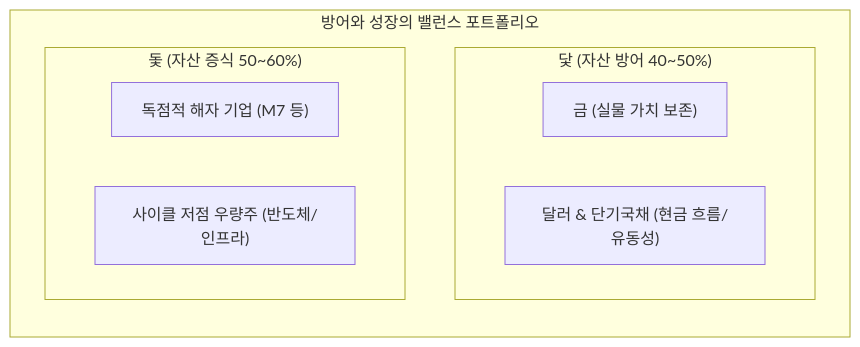
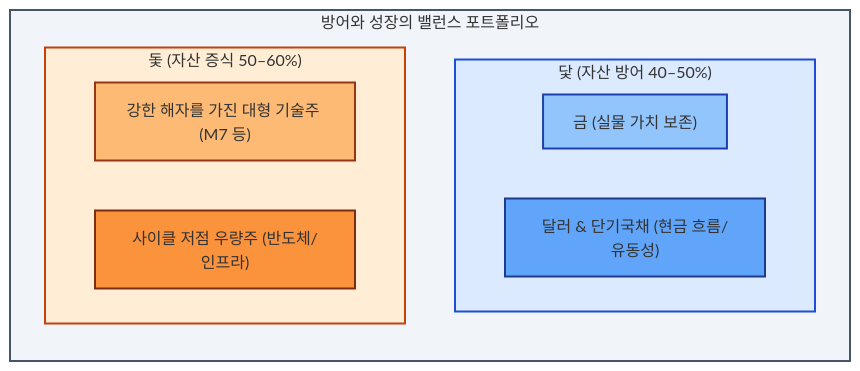
One commit to seodaeya/seodaeya.github.io changed the second of 2 diagrams in files/posts/20261110-1-fake-money-real-wealth-inflation-portfolio-guide.md. Above: the diagram before and after it, drawn with Mermaid. The commit also changed other lines of this file and 6 other files, not shown here.

First line of the commit message:
fix(post): tighten finance guide claims and fix mermaid arrows and contrast

````diff
--- a/files/posts/20261110-1-fake-money-real-wealth-inflation-portfolio-guide.md
+++ b/files/posts/20261110-1-fake-money-real-wealth-inflation-portfolio-guide.md
@@ -106,14 +115,23 @@
 ```mermaid
+%%{init: {'flowchart': {'curve': 'linear'}}}%%
 graph LR
     subgraph Portfolio["방어와 성장의 밸런스 포트폴리오"]
         direction TB
-        subgraph Anchor["닻 (자산 방어 40~50%)"]
+        subgraph Anchor["닻 (자산 방어 40–50%)"]
             A1["금 (실물 가치 보존)"]
             A2["달러 & 단기국채 (현금 흐름/유동성)"]
         end
-        subgraph Sail["돛 (자산 증식 50~60%)"]
-            S1["독점적 해자 기업 (M7 등)"]
+        subgraph Sail["돛 (자산 증식 50–60%)"]
+            S1["강한 해자를 가진 대형 기술주 (M7 등)"]
             S2["사이클 저점 우량주 (반도체/인프라)"]
         end
     end
+
+    style Portfolio fill:#f1f5f9,stroke:#475569,stroke-width:2px
+    style Anchor fill:#dbeafe,stroke:#1d4ed8,stroke-width:2px
+    style Sail fill:#ffedd5,stroke:#c2410c,stroke-width:2px
+    style A1 fill:#93c5fd,stroke:#1e40af,stroke-width:2px
+    style A2 fill:#60a5fa,stroke:#1e3a8a,stroke-width:2px
+    style S1 fill:#fdba74,stroke:#9a3412,stroke-width:2px
+    style S2 fill:#fb923c,stroke:#7c2d12,stroke-width:2px
 ```
````
